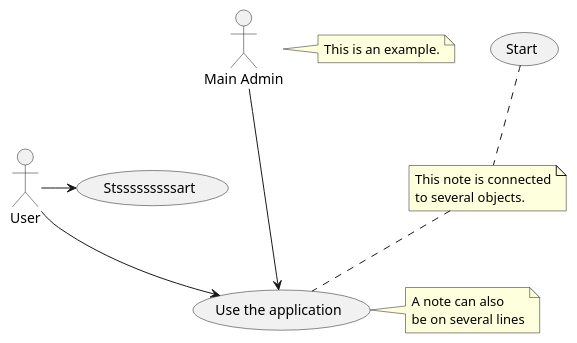
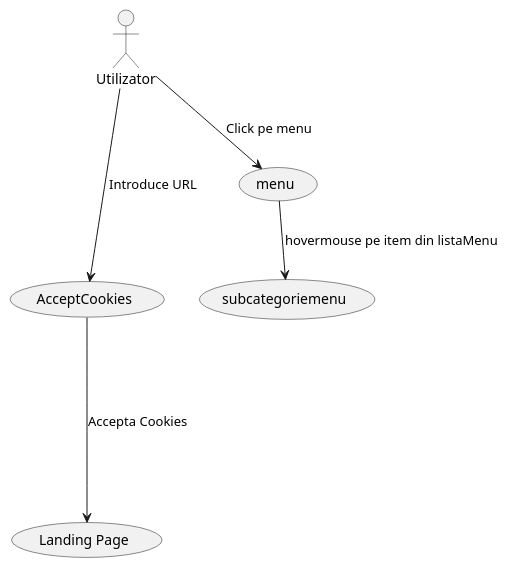
One commit to mih1tm/APP_PROTOTIP changed the diagram in UseCase.puml. Above: the diagram before and after it, drawn with PlantUML.

```diff
--- a/UseCase.puml
+++ b/UseCase.puml
@@ -1,22 +1,16 @@
 @startuml
 'https://plantuml.com/use-case-diagram
 
-:Main Admin: as Admin
-(Use the application) as (Use)
+:Utilizator: as user
 
-User -> (Stsssssssssart)
-User --> (Use)
+user ---> (AcceptCookies) : Introduce URL
+(AcceptCookies) ----> (Landing Page) : Accepta Cookies
 
-Admin ---> (Use)
+user --> (menu) : Click pe menu
+(menu) --> (subcategoriemenu) : hovermouse pe item din listaMenu
 
-note right of Admin : This is an example.
 
-note right of (Use)
-A note can also
-be on several lines
-end note
 
-note "This note is connected\nto several objects." as N2
-(Start) .. N2
-N2 .. (Use)
+
+
 @enduml
```
